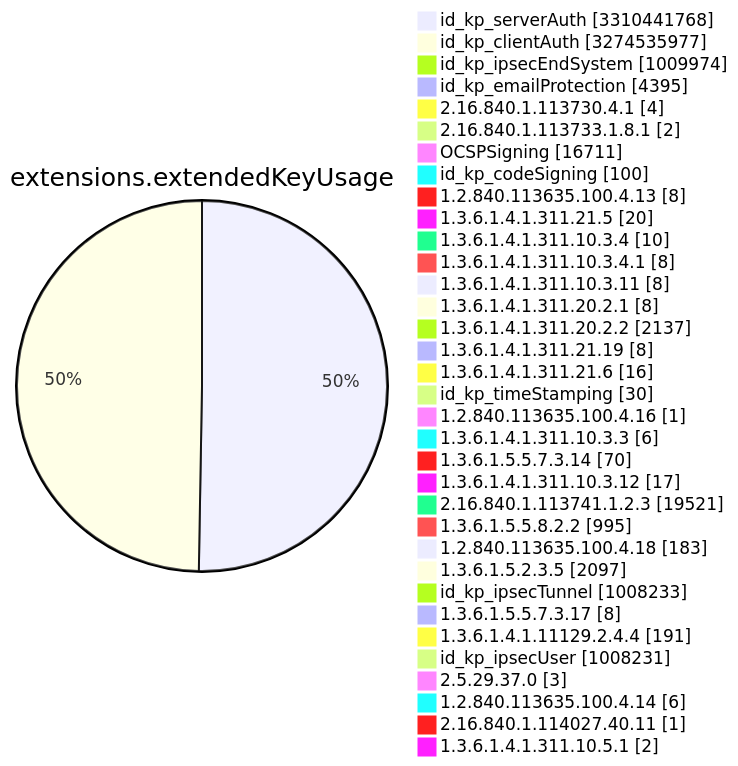
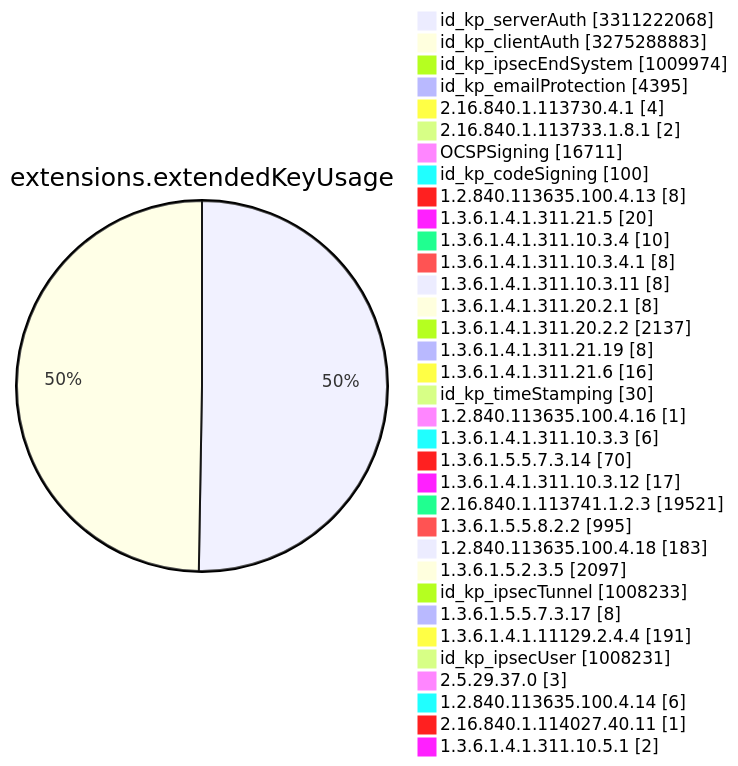
Diagram 11 of 15 in TOTAL/README.md (christiankrug/ctmonitor_visualization), drawn with Mermaid before and after one commit. The commit also changed other lines of this file, not shown here.

````diff
--- a/TOTAL/README.md
+++ b/TOTAL/README.md
@@ -4120,38 +4120,38 @@
 ```mermaid
 pie showData
 title extensions.extendedKeyUsage
-"id_kp_serverAuth" :3310441768
-"id_kp_clientAuth" :3274535977
+"id_kp_serverAuth" :3311222068
+"id_kp_clientAuth" :3275288883
 "id_kp_ipsecEndSystem" :1009974
 "id_kp_emailProtection" :4395
 "2.16.840.1.113730.4.1" :4
 "2.16.840.1.113733.1.8.1" :2
 "OCSPSigning" :16711
 "id_kp_codeSigning" :100
 "1.2.840.113635.100.4.13" :8
 "1.3.6.1.4.1.311.21.5" :20
 "1.3.6.1.4.1.311.10.3.4" :10
 "1.3.6.1.4.1.311.10.3.4.1" :8
 "1.3.6.1.4.1.311.10.3.11" :8
 "1.3.6.1.4.1.311.20.2.1" :8
 "1.3.6.1.4.1.311.20.2.2" :2137
 "1.3.6.1.4.1.311.21.19" :8
 "1.3.6.1.4.1.311.21.6" :16
 "id_kp_timeStamping" :30
 "1.2.840.113635.100.4.16" :1
 "1.3.6.1.4.1.311.10.3.3" :6
 "1.3.6.1.5.5.7.3.14" :70
 "1.3.6.1.4.1.311.10.3.12" :17
 "2.16.840.1.113741.1.2.3" :19521
 "1.3.6.1.5.5.8.2.2" :995
 "1.2.840.113635.100.4.18" :183
 "1.3.6.1.5.2.3.5" :2097
 "id_kp_ipsecTunnel" :1008233
 "1.3.6.1.5.5.7.3.17" :8
 "1.3.6.1.4.1.11129.2.4.4" :191
 "id_kp_ipsecUser" :1008231
 "2.5.29.37.0" :3
 "1.2.840.113635.100.4.14" :6
 "2.16.840.1.114027.40.11" :1
 "1.3.6.1.4.1.311.10.5.1" :2
 ```
````
